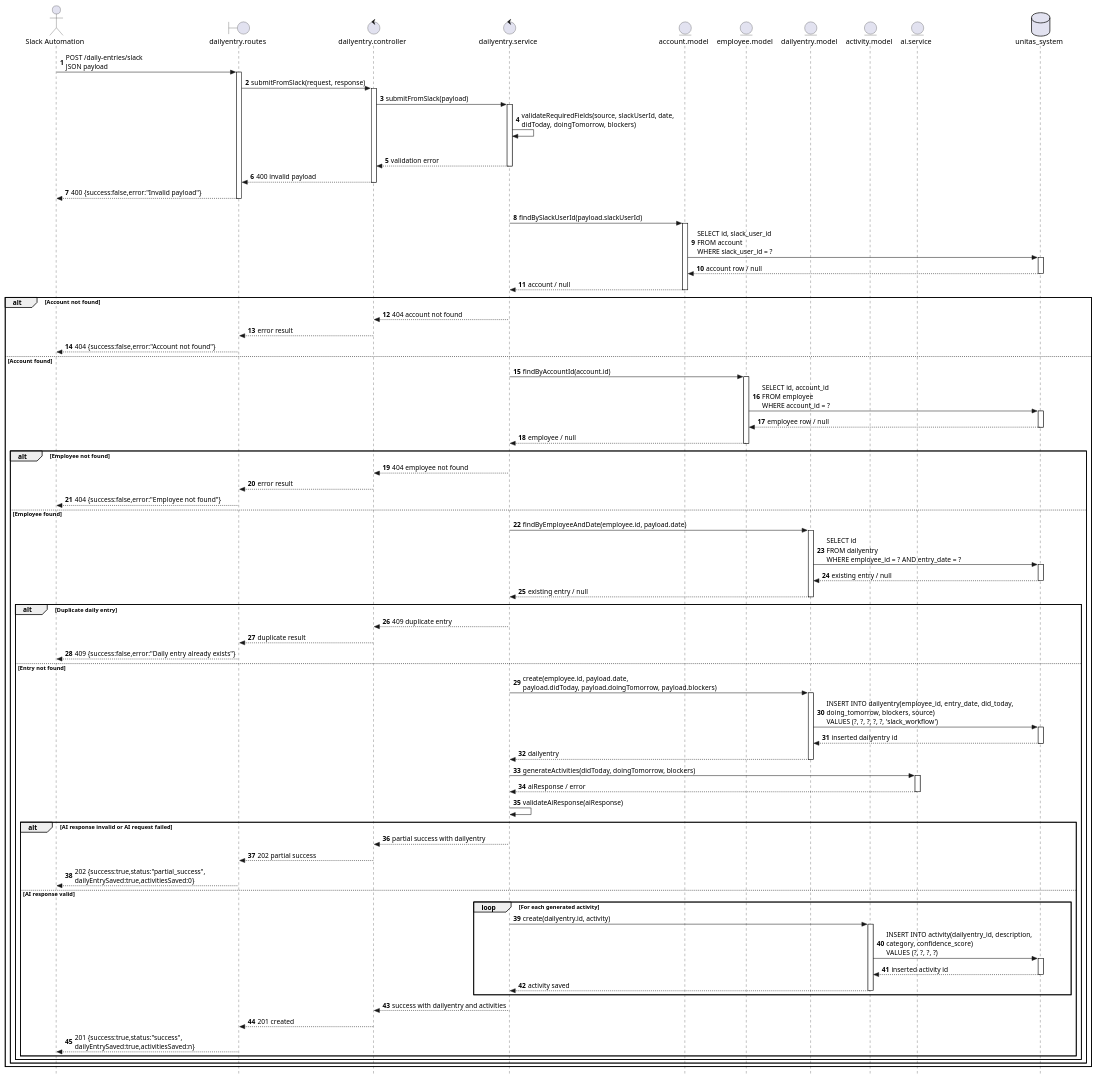
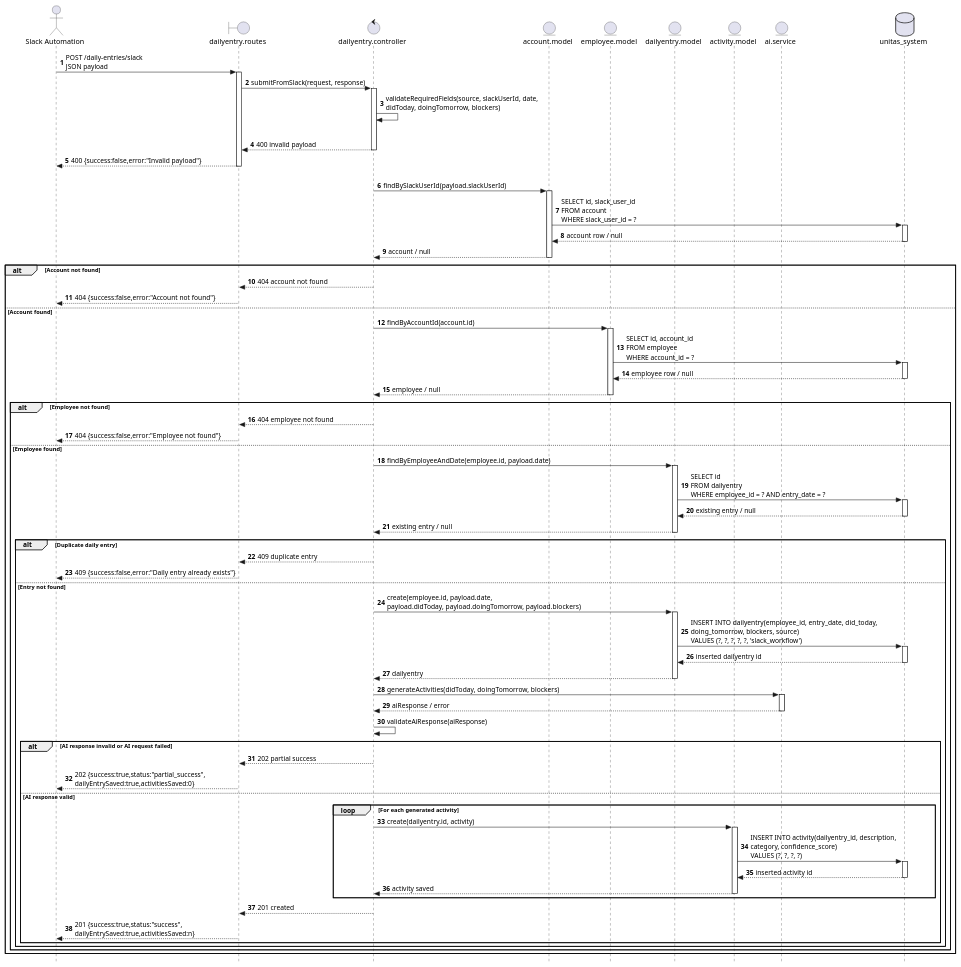
Before and after one commit to Berthou05/LimboSoftwareDevelopment_Change.org: the diagram in documentation/sequence_diagrams/AB/AL-01-SD.puml, drawn with PlantUML. The commit also changed 2 other files, not shown here.

Commit message:
[REFACTOR] Updated some sequence diagrams

```diff
--- a/documentation/sequence_diagrams/AB/AL-01-SD.puml
+++ b/documentation/sequence_diagrams/AB/AL-01-SD.puml
@@ -1,128 +1,113 @@
 @startuml
 skinparam style strictuml
 autonumber
 
 actor "Slack Automation" as S
 boundary "dailyentry.routes" as RO
 control "dailyentry.controller" as C
-control "dailyentry.service" as SV
 entity "account.model" as A
 entity "employee.model" as E
 entity "dailyentry.model" as D
 entity "activity.model" as AC
 entity "ai.service" as AI
 database "unitas_system" as DB
 
 S -> RO: POST /daily-entries/slack\nJSON payload
 activate RO
 RO -> C: submitFromSlack(request, response)
 activate C
-C -> SV: submitFromSlack(payload)
-activate SV
-SV -> SV: validateRequiredFields(source, slackUserId, date,\ndidToday, doingTomorrow, blockers)
+C -> C: validateRequiredFields(source, slackUserId, date,\ndidToday, doingTomorrow, blockers)
 
 alt Payload invalid
-SV --> C: validation error
-deactivate SV
 C --> RO: 400 invalid payload
 deactivate C
 RO --> S: 400 {success:false,error:"Invalid payload"}
 deactivate RO
 else Payload valid
-SV -> A: findBySlackUserId(payload.slackUserId)
+C -> A: findBySlackUserId(payload.slackUserId)
 activate A
 A -> DB: SELECT id, slack_user_id\nFROM account\nWHERE slack_user_id = ?
 activate DB
 DB --> A: account row / null
 deactivate DB
-A --> SV: account / null
+A --> C: account / null
 deactivate A
 
 alt Account not found
-SV --> C: 404 account not found
-deactivate SV
-C --> RO: error result
+C --> RO: 404 account not found
 deactivate C
 RO --> S: 404 {success:false,error:"Account not found"}
 deactivate RO
 else Account found
-SV -> E: findByAccountId(account.id)
+C -> E: findByAccountId(account.id)
 activate E
 E -> DB: SELECT id, account_id\nFROM employee\nWHERE account_id = ?
 activate DB
 DB --> E: employee row / null
 deactivate DB
-E --> SV: employee / null
+E --> C: employee / null
 deactivate E
 
 alt Employee not found
-SV --> C: 404 employee not found
-deactivate SV
-C --> RO: error result
+C --> RO: 404 employee not found
 deactivate C
 RO --> S: 404 {success:false,error:"Employee not found"}
 deactivate RO
 else Employee found
-SV -> D: findByEmployeeAndDate(employee.id, payload.date)
+C -> D: findByEmployeeAndDate(employee.id, payload.date)
 activate D
 D -> DB: SELECT id\nFROM dailyentry\nWHERE employee_id = ? AND entry_date = ?
 activate DB
 DB --> D: existing entry / null
 deactivate DB
-D --> SV: existing entry / null
+D --> C: existing entry / null
 deactivate D
 
 alt Duplicate daily entry
-SV --> C: 409 duplicate entry
-deactivate SV
-C --> RO: duplicate result
+C --> RO: 409 duplicate entry
 deactivate C
 RO --> S: 409 {success:false,error:"Daily entry already exists"}
 deactivate RO
 else Entry not found
-SV -> D: create(employee.id, payload.date,\npayload.didToday, payload.doingTomorrow, payload.blockers)
+C -> D: create(employee.id, payload.date,\npayload.didToday, payload.doingTomorrow, payload.blockers)
 activate D
 D -> DB: INSERT INTO dailyentry(employee_id, entry_date, did_today,\ndoing_tomorrow, blockers, source)\nVALUES (?, ?, ?, ?, ?, 'slack_workflow')
 activate DB
 DB --> D: inserted dailyentry id
 deactivate DB
-D --> SV: dailyentry
+D --> C: dailyentry
 deactivate D
 
-SV -> AI: generateActivities(didToday, doingTomorrow, blockers)
+C -> AI: generateActivities(didToday, doingTomorrow, blockers)
 activate AI
-AI --> SV: aiResponse / error
+AI --> C: aiResponse / error
 deactivate AI
-SV -> SV: validateAiResponse(aiResponse)
+C -> C: validateAiResponse(aiResponse)
 
 alt AI response invalid or AI request failed
-SV --> C: partial success with dailyentry
-deactivate SV
 C --> RO: 202 partial success
 deactivate C
 RO --> S: 202 {success:true,status:"partial_success",\ndailyEntrySaved:true,activitiesSaved:0}
 deactivate RO
 else AI response valid
 loop For each generated activity
-SV -> AC: create(dailyentry.id, activity)
-activate AC
-AC -> DB: INSERT INTO activity(dailyentry_id, description,\ncategory, confidence_score)\nVALUES (?, ?, ?, ?)
-activate DB
-DB --> AC: inserted activity id
-deactivate DB
-AC --> SV: activity saved
-deactivate AC
+	C -> AC: create(dailyentry.id, activity)
+	activate AC
+	AC -> DB: INSERT INTO activity(dailyentry_id, description,\ncategory, confidence_score)\nVALUES (?, ?, ?, ?)
+	activate DB
+	DB --> AC: inserted activity id
+	deactivate DB
+	AC --> C: activity saved
+	deactivate AC
 end
 
-SV --> C: success with dailyentry and activities
-deactivate SV
 C --> RO: 201 created
 deactivate C
 RO --> S: 201 {success:true,status:"success",\ndailyEntrySaved:true,activitiesSaved:n}
 deactivate RO
 end
 end
 end
 end
 
 @enduml
```
